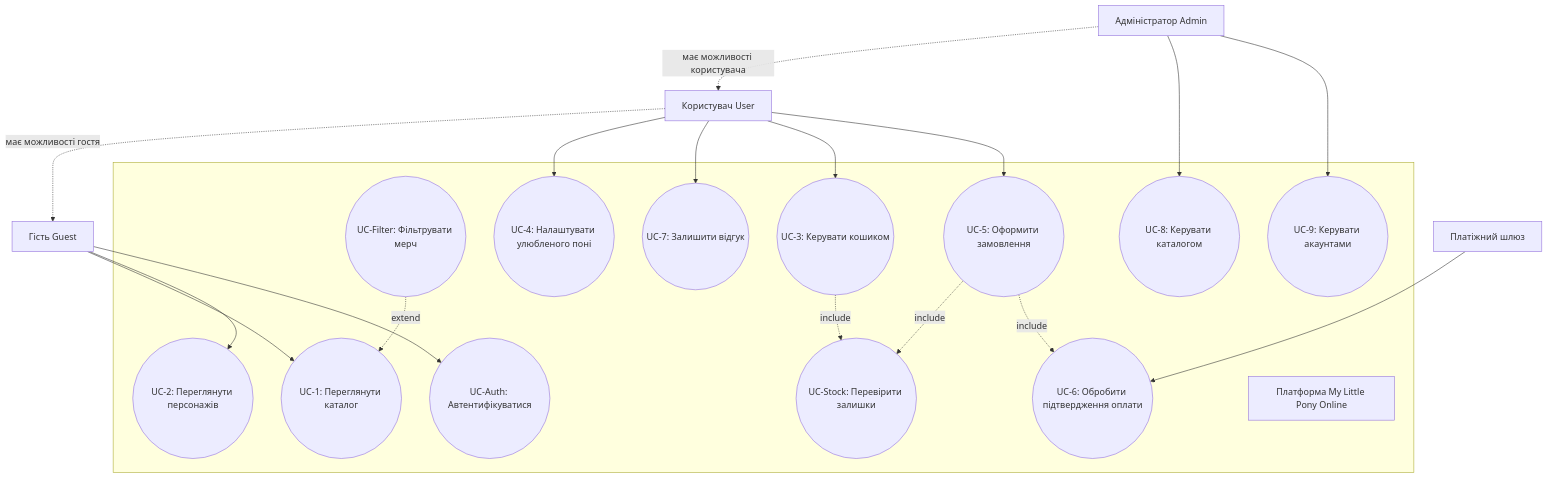
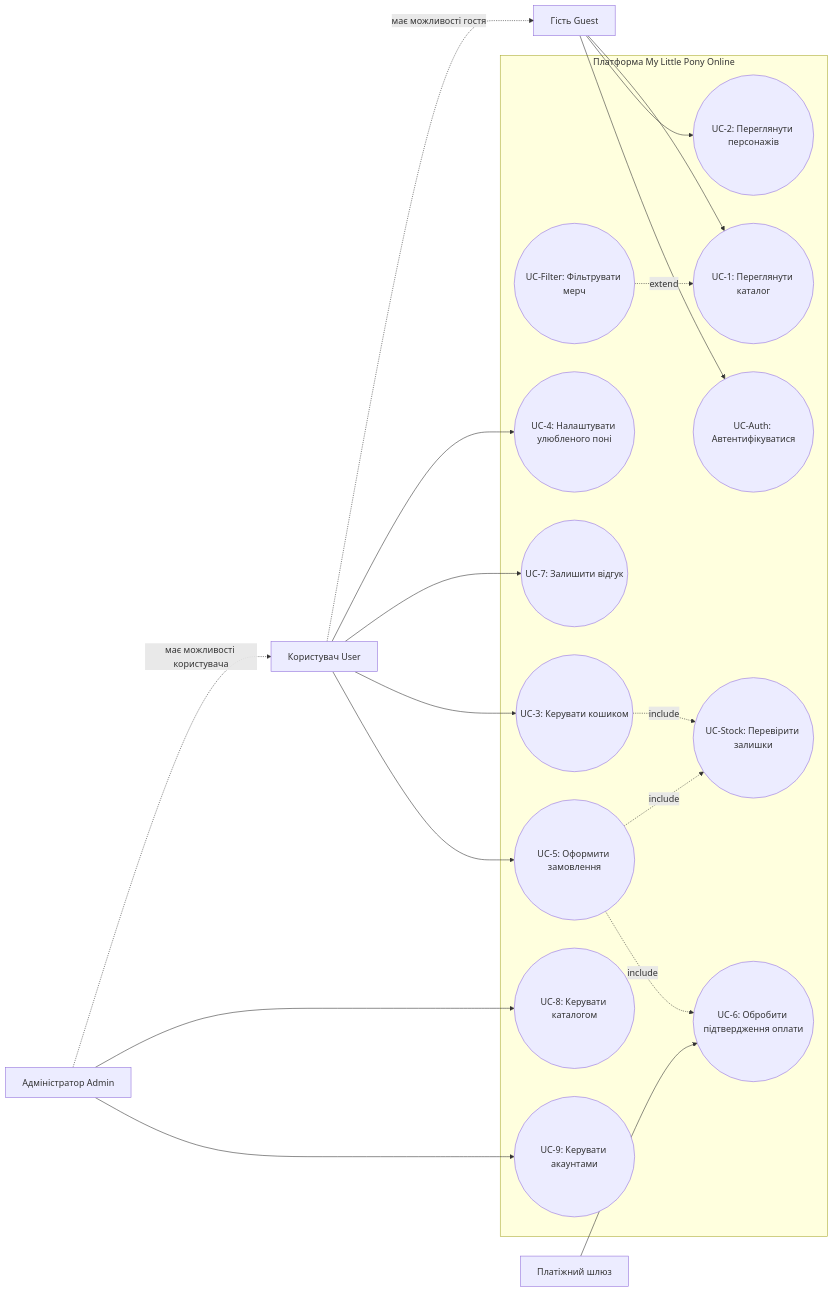
One commit to XxMariavxX/Mavpz-labs changed the diagram in lab2/README.md. Above: the diagram before and after it, drawn with Mermaid. The commit also changed 2 other files, not shown here.

Commit message:
refactor: view of d

````diff
--- a/lab2/README.md
+++ b/lab2/README.md
@@ -23,44 +23,41 @@
 ```mermaid
-flowchart TB
+flowchart LR
 	Guest[Гість Guest]
 	User[Користувач User]
 	Admin[Адміністратор Admin]
 	PG[Платіжний шлюз]
 
 	User -.->|має можливості гостя| Guest
 	Admin -.->|має можливості користувача| User
 
-	subgraph Platform[ ]
+	subgraph Platform[Платформа My Little Pony Online]
 		UC1((UC-1: Переглянути каталог))
 		UC2((UC-2: Переглянути персонажів))
 		UCF((UC-Filter: Фільтрувати мерч))
 		UCA((UC-Auth: Автентифікуватися))
 		UC4((UC-4: Налаштувати улюбленого поні))
 		UC7((UC-7: Залишити відгук))
 		UC3((UC-3: Керувати кошиком))
 		UC5((UC-5: Оформити замовлення))
 		UCS((UC-Stock: Перевірити залишки))
 		UC6((UC-6: Обробити підтвердження оплати))
 		UC8((UC-8: Керувати каталогом))
 		UC9((UC-9: Керувати акаунтами))
-		PlatformTitle[Платформа My Little Pony Online]
-		UC8 ~~~ PlatformTitle
-		UC9 ~~~ PlatformTitle
 	end
 
 	Guest --> UC1
 	Guest --> UC2
 	Guest --> UCA
 	User --> UC4
 	User --> UC7
 	User --> UC3
 	User --> UC5
 	Admin --> UC8
 	Admin --> UC9
 	PG --> UC6
 
 	UCF -.->|extend| UC1
 	UC3 -.->|include| UCS
 	UC5 -.->|include| UCS
 	UC5 -.->|include| UC6
 ```
````
